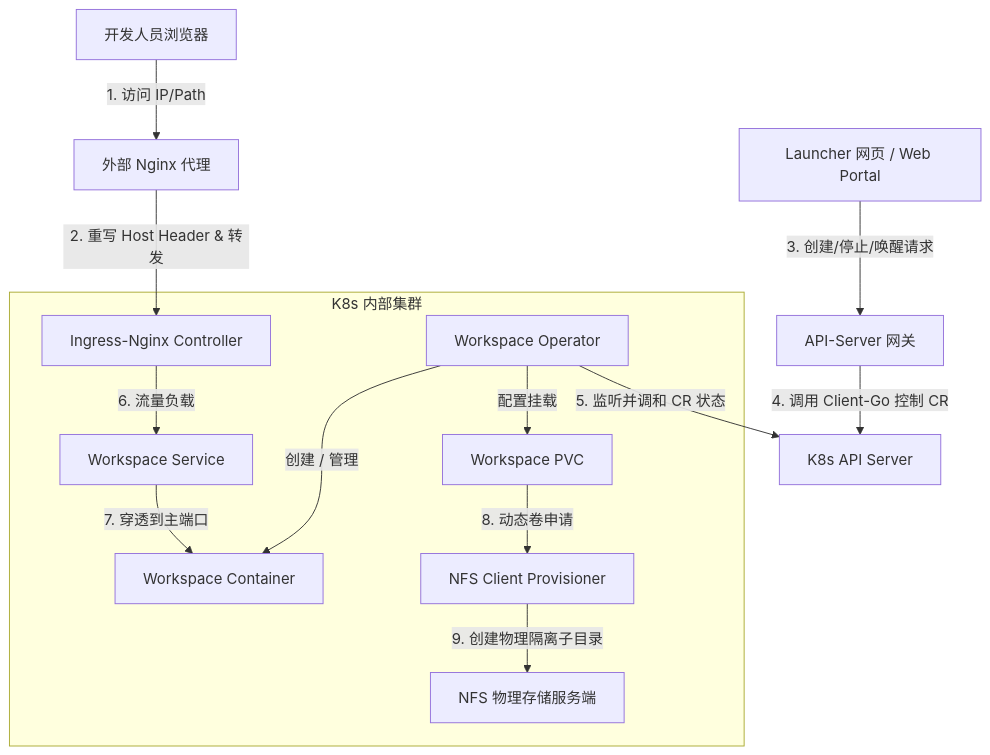
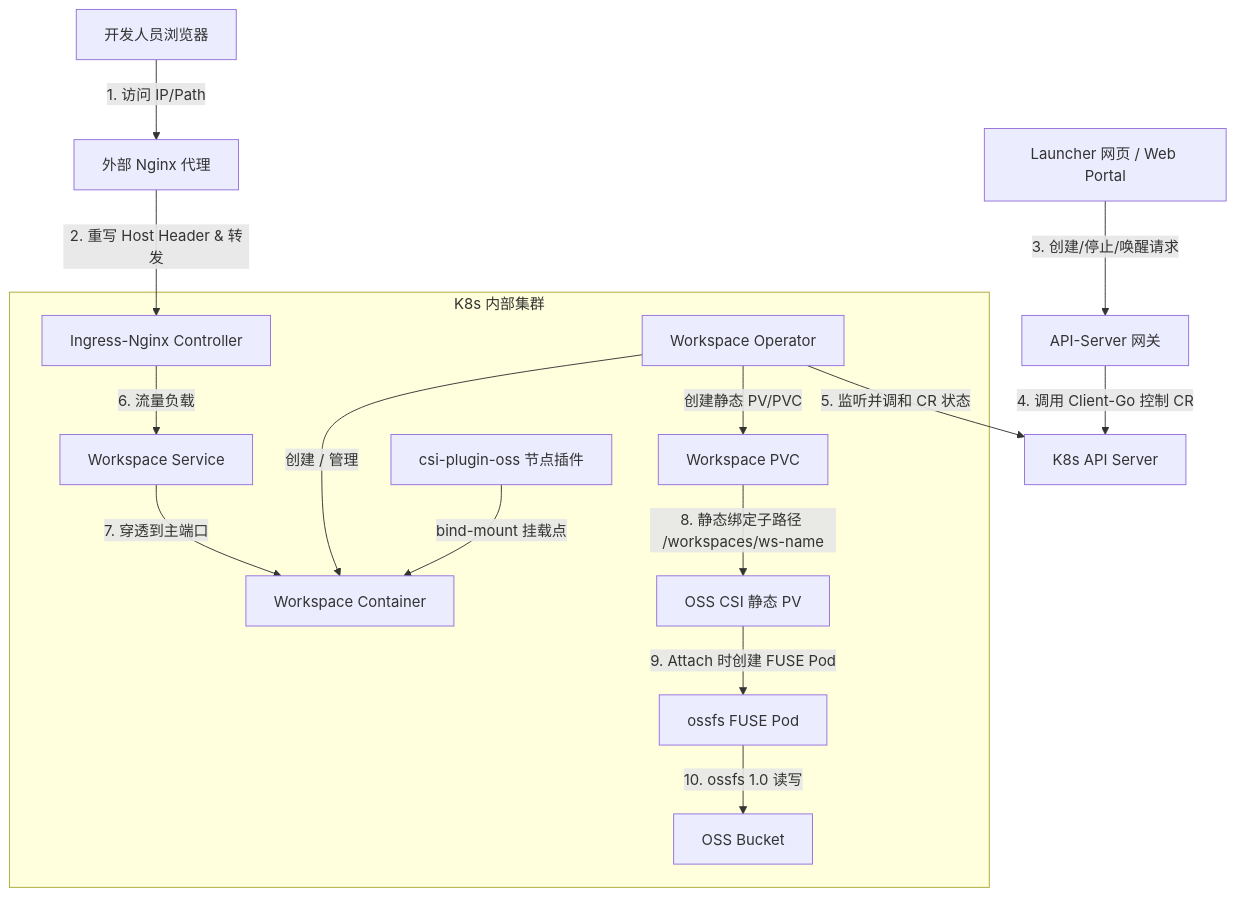
The diagram in docs/deployment_architecture.md (Macaber/agent-deploy), drawn with Mermaid before and after one commit. The commit also changed other lines of this file and 14 other files, not shown here.

````diff
--- a/docs/deployment_architecture.md
+++ b/docs/deployment_architecture.md
@@ -13,21 +15,23 @@
 ```mermaid
 graph TD
     Client[开发人员浏览器] -->|1. 访问 IP/Path| ExtNginx[外部 Nginx 代理]
     ExtNginx -->|2. 重写 Host Header & 转发| K8sIngress[Ingress-Nginx Controller]
     
     UI[Launcher 网页 / Web Portal] -->|3. 创建/停止/唤醒请求| APIServer[API-Server 网关]
     APIServer -->|4. 调用 Client-Go 控制 CR| K8sAPI[K8s API Server]
     
     Operator[Workspace Operator] -->|5. 监听并调和 CR 状态| K8sAPI
     
     subgraph K8s 内部集群
         K8sIngress -->|6. 流量负载| K8sSvc[Workspace Service]
         K8sSvc -->|7. 穿透到主端口| WorkspacePod[Workspace Container]
         
         Operator -->|创建 / 管理| WorkspacePod
-        Operator -->|配置挂载| WorkspacePVC[Workspace PVC]
+        Operator -->|创建静态 PV/PVC| WorkspacePVC[Workspace PVC]
         
-        WorkspacePVC -->|8. 动态卷申请| NFSProv[NFS Client Provisioner]
-        NFSProv -->|9. 创建物理隔离子目录| NFSServer[NFS 物理存储服务端]
+        WorkspacePVC -->|8. 静态绑定子路径 /workspaces/ws-name| OSSPV[OSS CSI 静态 PV]
+        OSSPV -->|9. Attach 时创建 FUSE Pod| FusePod[ossfs FUSE Pod]
+        FusePod -->|10. ossfs 1.0 读写| OSSBucket[OSS Bucket]
+        NodePlugin[csi-plugin-oss 节点插件] -->|bind-mount 挂载点| WorkspacePod
     end
 ```
````
